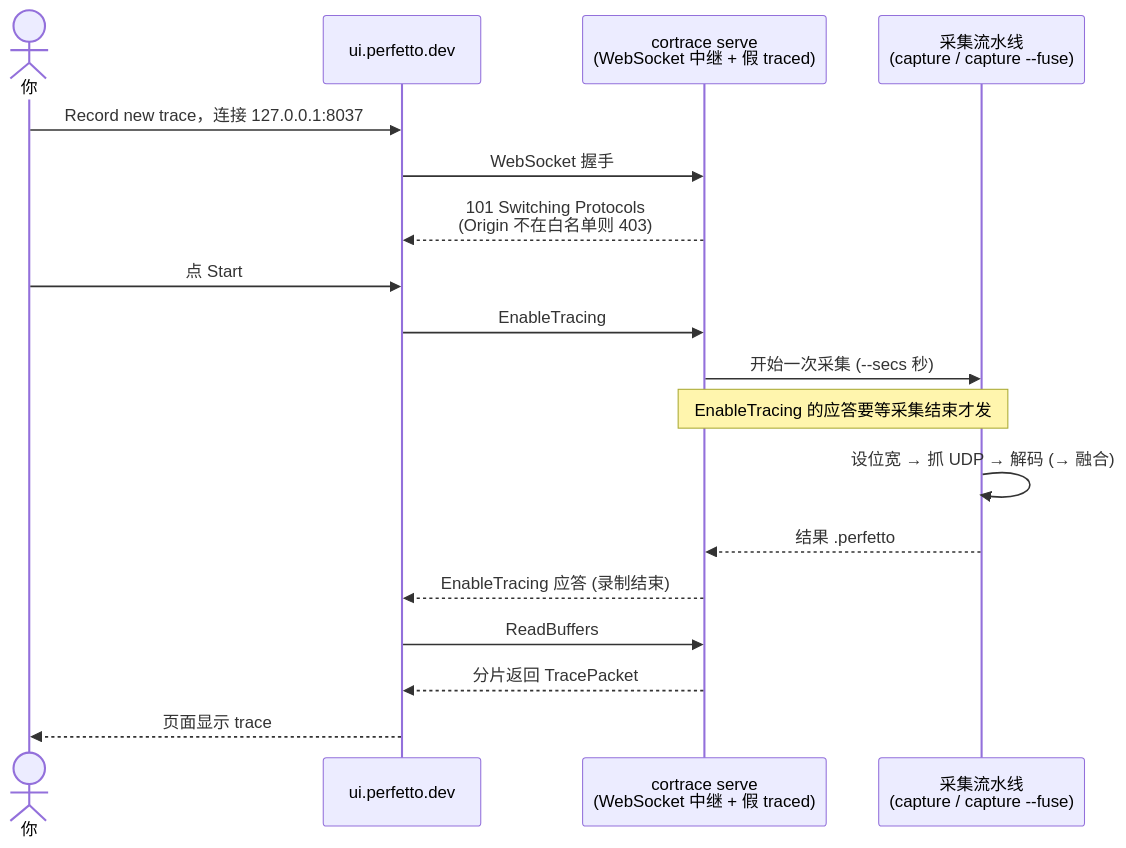
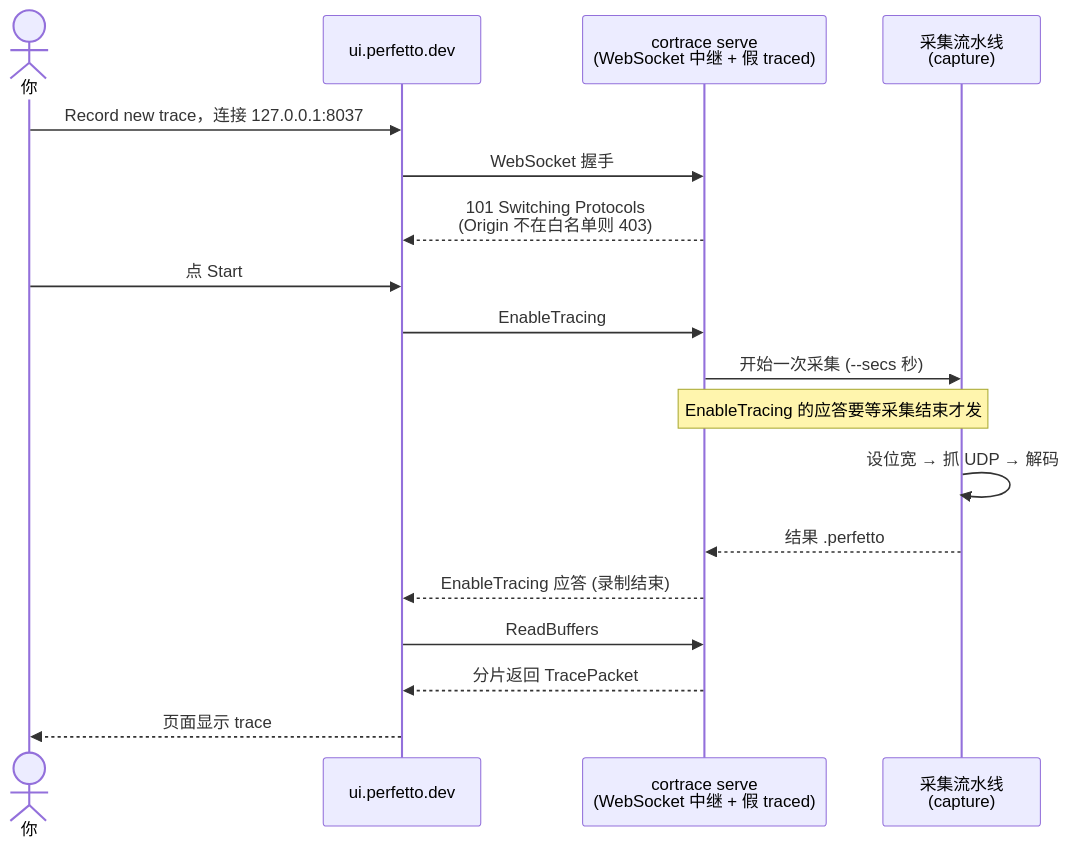
Before and after one commit to FASTSHIFT/cortrace: the fourth of 5 diagrams in docs/04-user-guide.md, drawn with Mermaid. The commit also changed other lines of this file and 4 other files, not shown here.

````diff
--- a/docs/04-user-guide.md
+++ b/docs/04-user-guide.md
@@ -377,20 +326,20 @@
 ```mermaid
 sequenceDiagram
     actor U as 你
     participant UI as ui.perfetto.dev
     participant R as cortrace serve<br/>(WebSocket 中继 + 假 traced)
-    participant C as 采集流水线<br/>(capture / capture --fuse)
+    participant C as 采集流水线<br/>(capture)
     U->>UI: Record new trace，连接 127.0.0.1:8037
     UI->>R: WebSocket 握手
     R-->>UI: 101 Switching Protocols<br/>(Origin 不在白名单则 403)
     U->>UI: 点 Start
     UI->>R: EnableTracing
     R->>C: 开始一次采集 (--secs 秒)
     Note over R,C: EnableTracing 的应答要等采集结束才发
-    C->>C: 设位宽 → 抓 UDP → 解码 (→ 融合)
+    C->>C: 设位宽 → 抓 UDP → 解码
     C-->>R: 结果 .perfetto
     R-->>UI: EnableTracing 应答 (录制结束)
     UI->>R: ReadBuffers
     R-->>UI: 分片返回 TracePacket
     UI-->>U: 页面显示 trace
 ```
````
